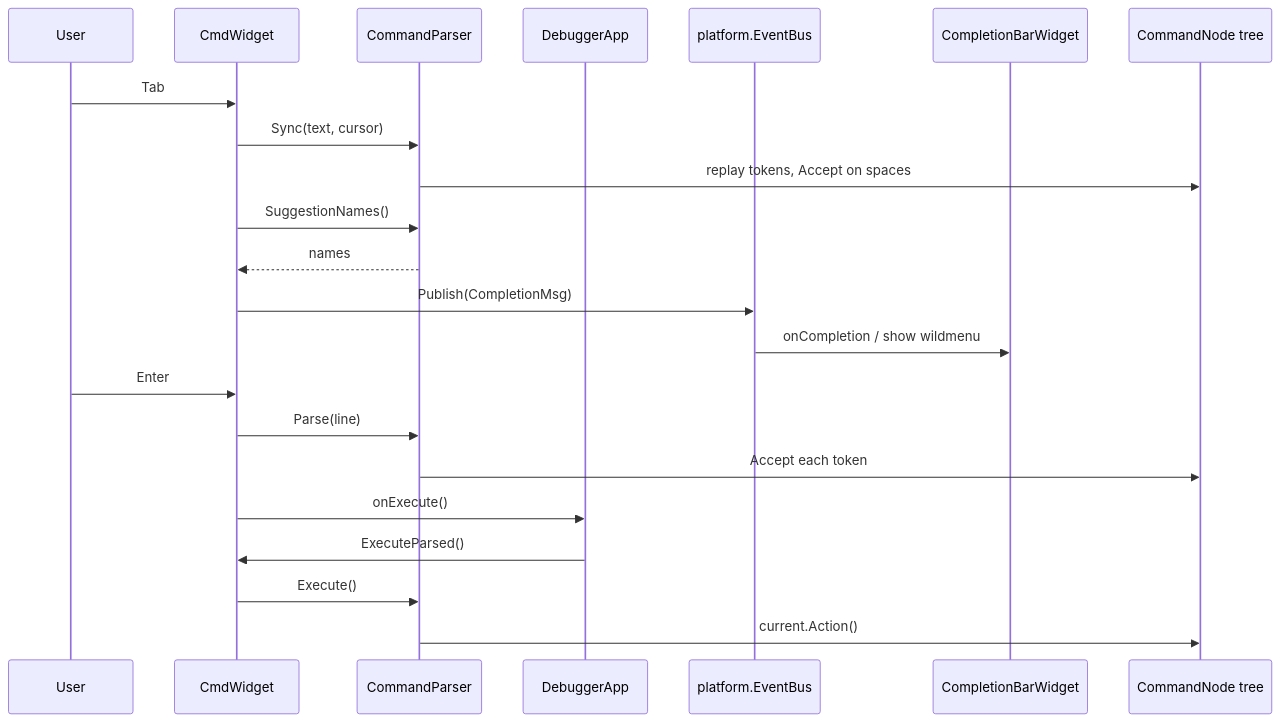
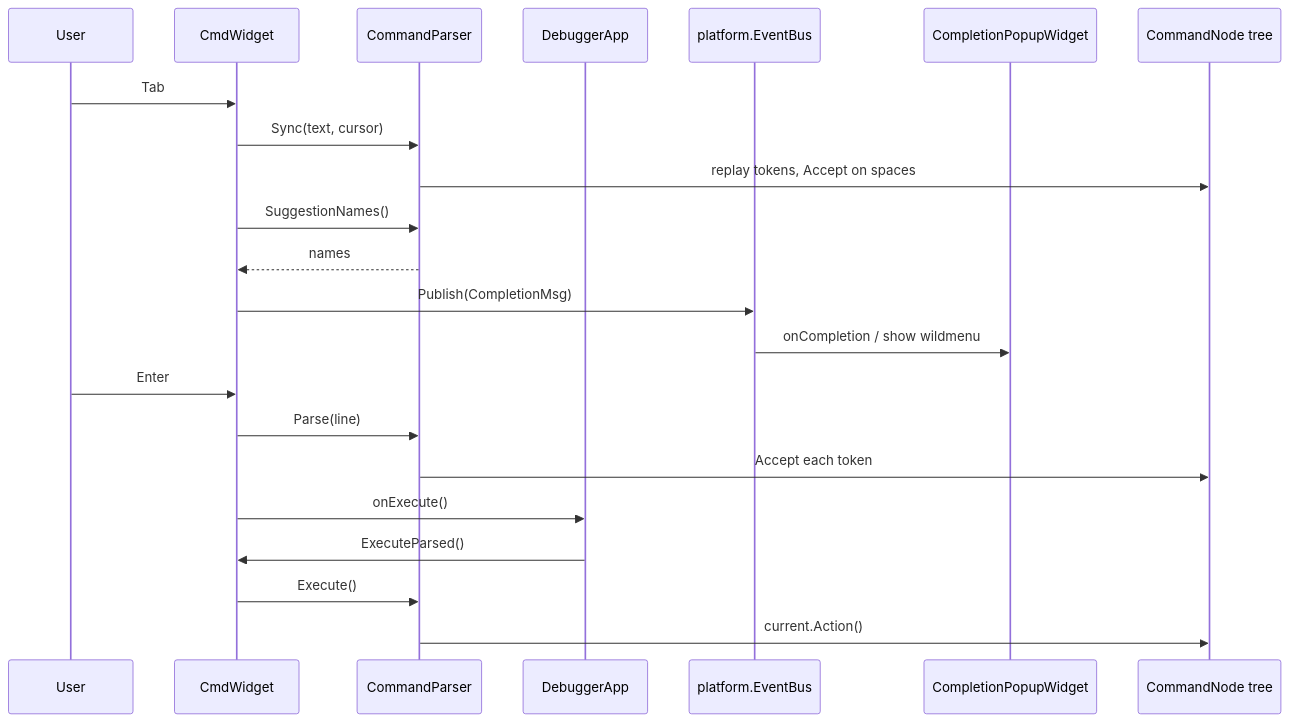
Before and after one commit to yairgd/gdbforge: the second of 2 diagrams in docs/COMMAND_SYSTEM.md, drawn with Mermaid. The commit also changed other lines of this file and 14 other files, not shown here.

````diff
--- a/docs/COMMAND_SYSTEM.md
+++ b/docs/COMMAND_SYSTEM.md
@@ -313,26 +313,26 @@
 ```mermaid
 sequenceDiagram
     participant User
     participant CmdW as CmdWidget
     participant Parser as CommandParser
     participant App as DebuggerApp
     participant Bus as platform.EventBus
-    participant Bar as CompletionBarWidget
+    participant Bar as CompletionPopupWidget
     participant Tree as CommandNode tree
 
     User->>CmdW: Tab
     CmdW->>Parser: Sync(text, cursor)
     Parser->>Tree: replay tokens, Accept on spaces
     CmdW->>Parser: SuggestionNames()
     Parser-->>CmdW: names
     CmdW->>Bus: Publish(CompletionMsg)
     Bus->>Bar: onCompletion / show wildmenu
 
     User->>CmdW: Enter
     CmdW->>Parser: Parse(line)
     Parser->>Tree: Accept each token
     CmdW->>App: onExecute()
     App->>CmdW: ExecuteParsed()
     CmdW->>Parser: Execute()
     Parser->>Tree: current.Action()
 ```
````
